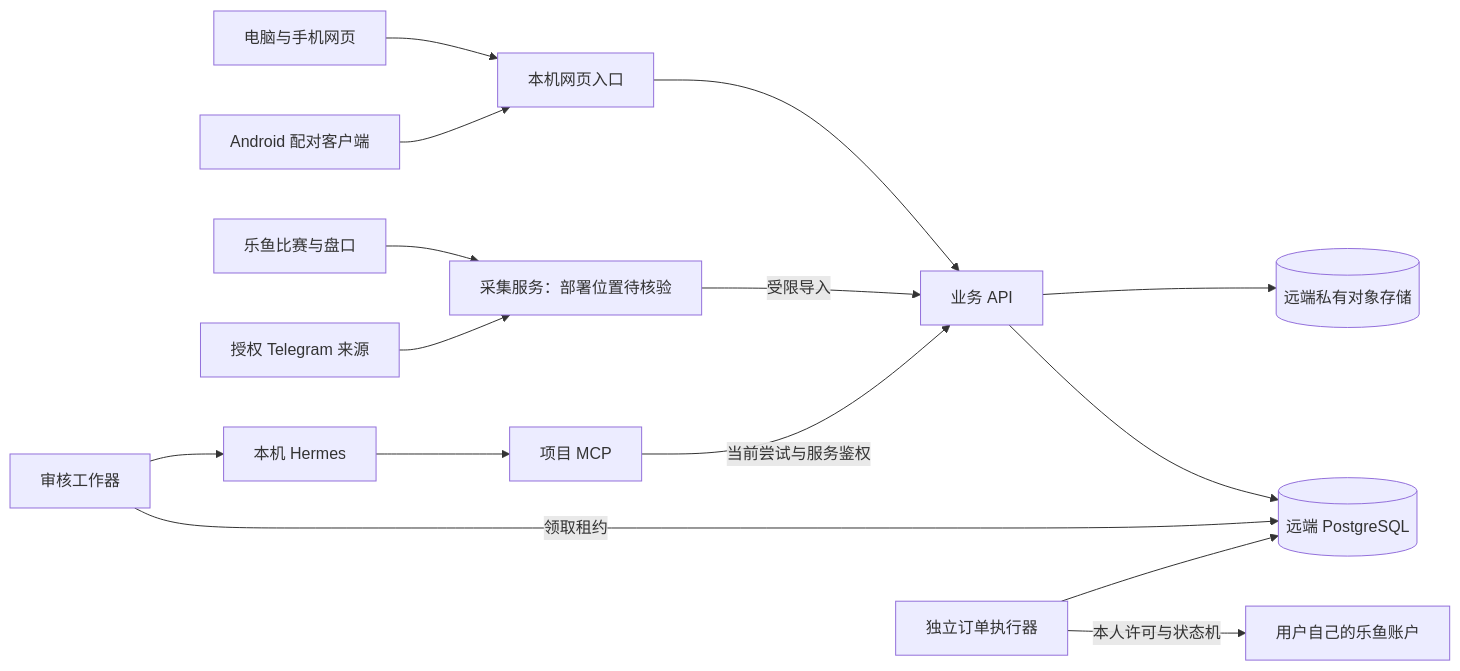
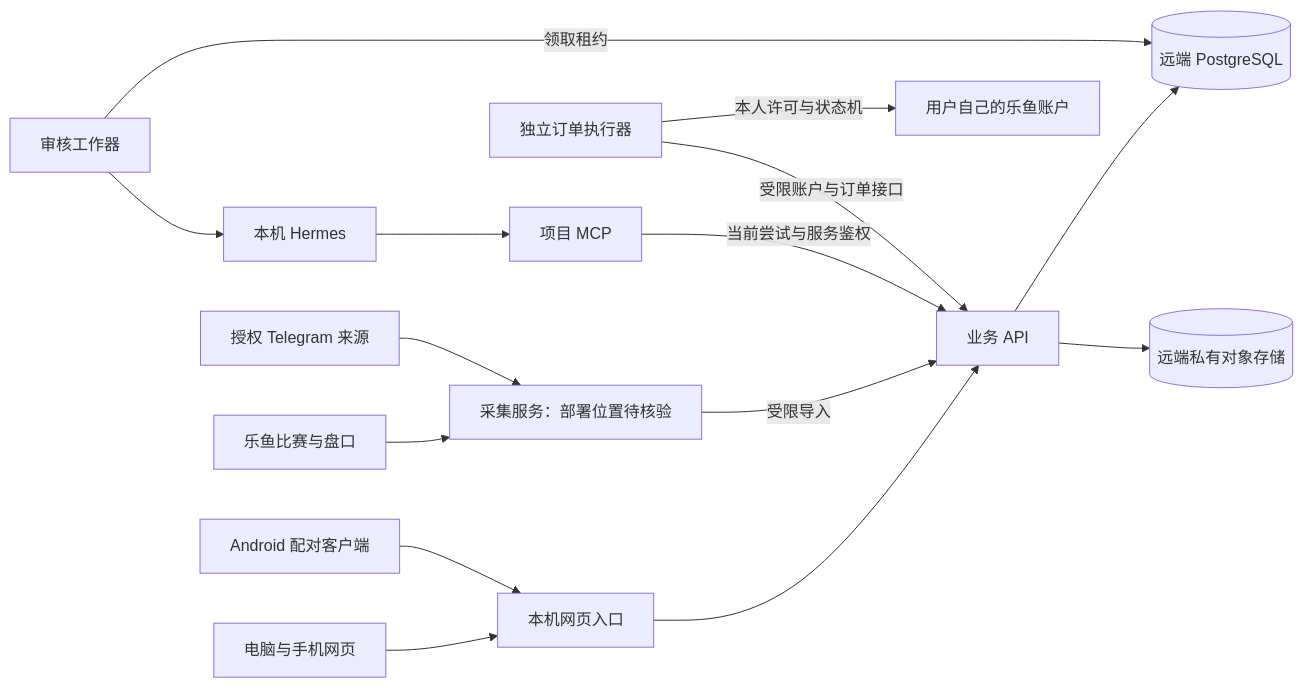
The first of 3 diagrams in docs/platform-v2/ARCHITECTURE.md (1420970597/ai_football), drawn with Mermaid before and after one commit. The commit also changed other lines of this file and 77 other files, not shown here.

````diff
--- a/docs/platform-v2/ARCHITECTURE.md
+++ b/docs/platform-v2/ARCHITECTURE.md
@@ -9,17 +9,17 @@
 ```mermaid
 flowchart LR
     B[电脑与手机网页] --> W[本机网页入口]
     A[Android 配对客户端] --> W
     W --> API[业务 API]
     API --> DB[(远端 PostgreSQL)]
     API --> OBJ[(远端私有对象存储)]
     L[乐鱼比赛与盘口] --> C[采集服务：部署位置待核验]
     TG[授权 Telegram 来源] --> C
     C -->|受限导入| API
     R[审核工作器] -->|领取租约| DB
     R --> H[本机 Hermes]
     H --> M[项目 MCP]
     M -->|当前尝试与服务鉴权| API
     O[独立订单执行器] -->|本人许可与状态机| U[用户自己的乐鱼账户]
-    O --> DB
+    O -->|受限账户与订单接口| API
 ```
````
